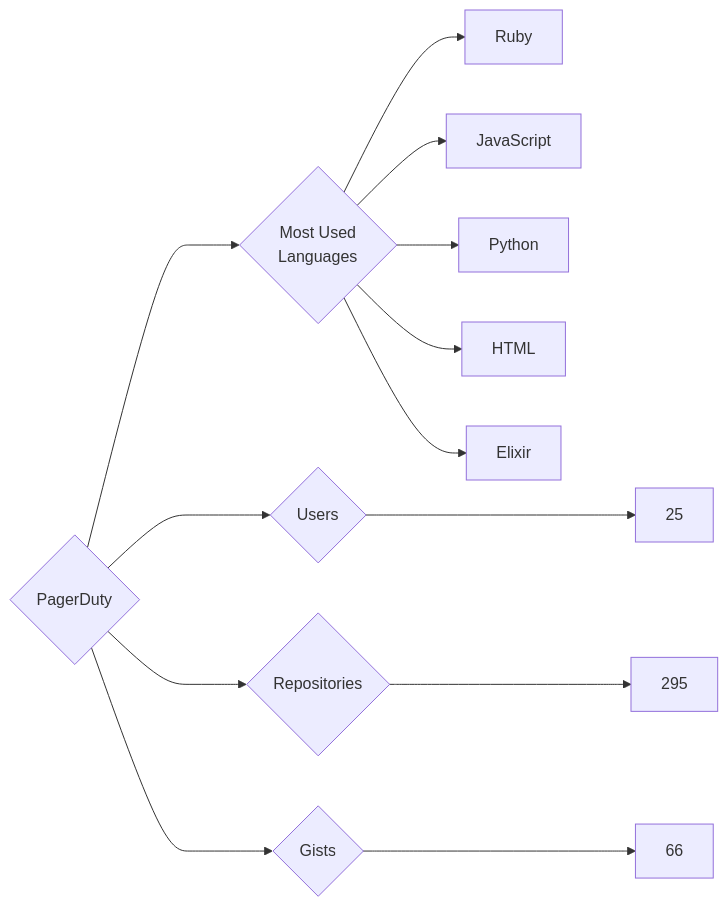
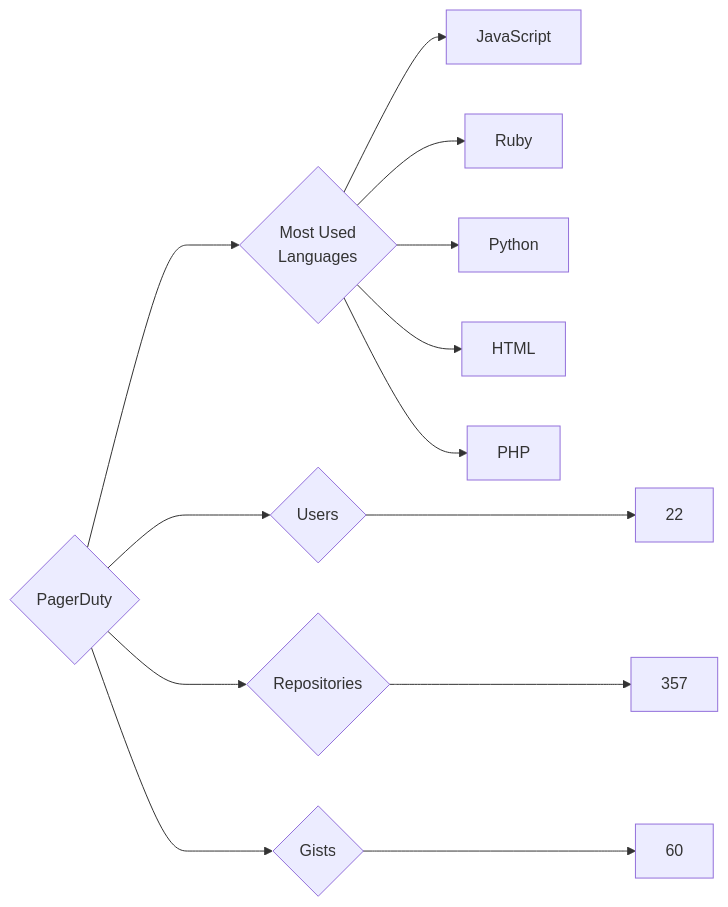
The diagram in targets/PagerDuty/README.md (trickest/insiders), drawn with Mermaid before and after one commit. The commit also changed 964 other files, not shown here.

````diff
--- a/targets/PagerDuty/README.md
+++ b/targets/PagerDuty/README.md
@@ -3,13 +3,13 @@
 ```mermaid
 graph LR
 COMPANY_NAME{PagerDuty}
-COMPANY_NAME ---> U{Users} ---> UN[25]
-COMPANY_NAME ---> R{Repositories} ---> RN[295]
-COMPANY_NAME ---> G{Gists} ---> GN[66]
+COMPANY_NAME ---> U{Users} ---> UN[22]
+COMPANY_NAME ---> R{Repositories} ---> RN[357]
+COMPANY_NAME ---> G{Gists} ---> GN[60]
 COMPANY_NAME ---> ML{Most Used<br>Languages}
+ML --> JavaScript[JavaScript]
 ML --> Ruby[Ruby]
-ML --> JavaScript[JavaScript]
 ML --> Python[Python]
 ML --> HTML[HTML]
-ML --> Elixir[Elixir]
+ML --> PHP[PHP]
 ```
````
